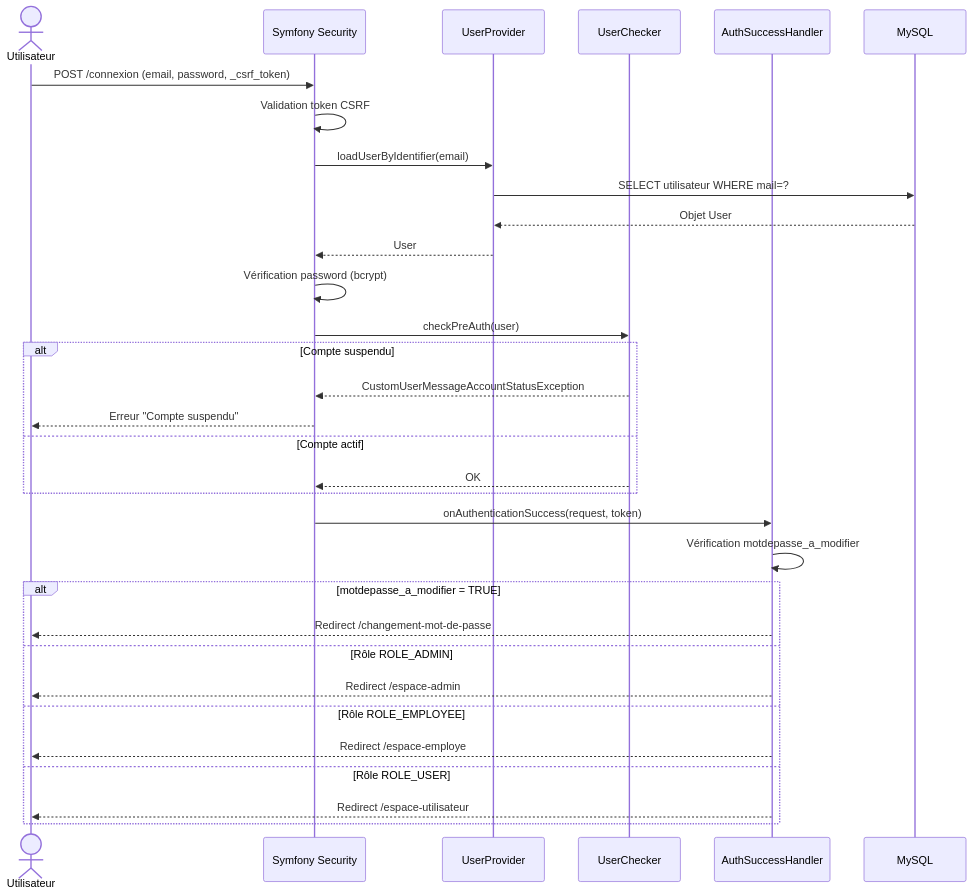
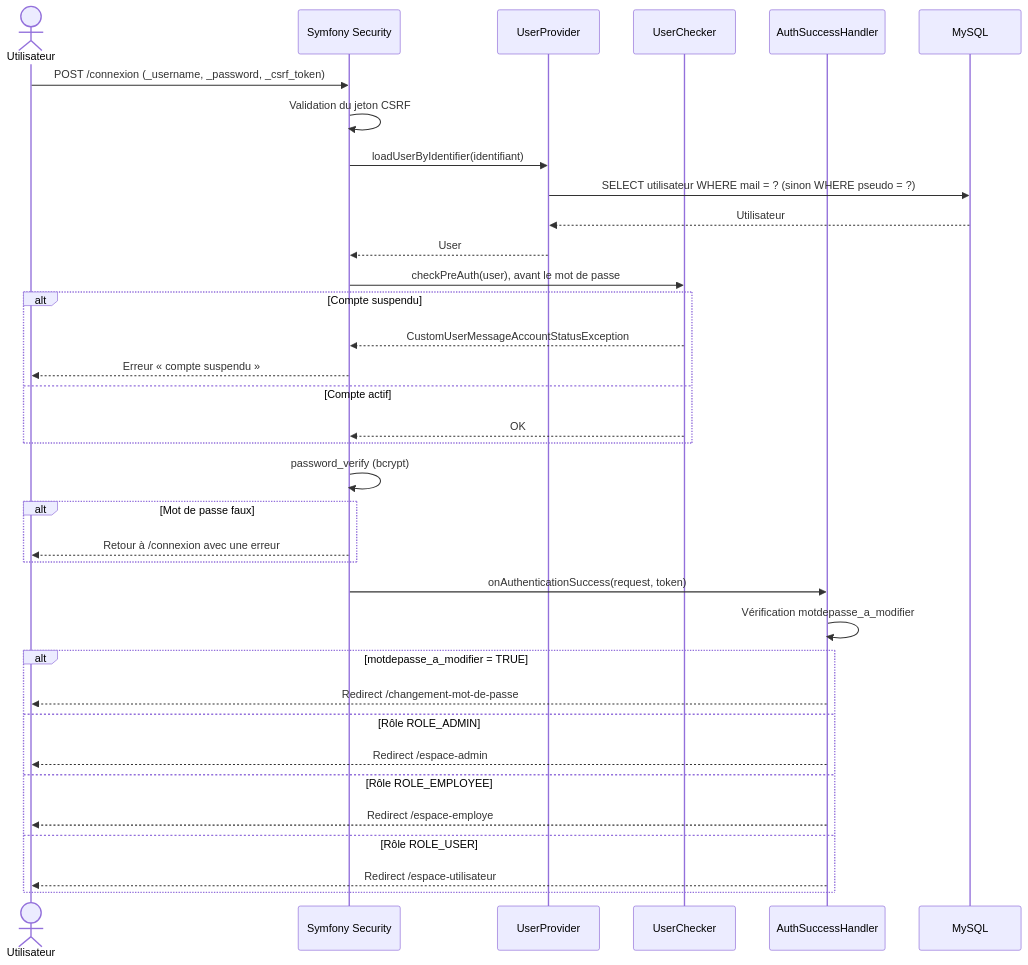
One commit to StG3rm4in/fantasy_realm changed the fourth of 5 diagrams in docs/documentation-technique.md. Above: the diagram before and after it, drawn with Mermaid. The commit also changed other lines of this file, not shown here.

````diff
--- a/docs/documentation-technique.md
+++ b/docs/documentation-technique.md
@@ -250,39 +272,42 @@
 ```mermaid
 sequenceDiagram
     actor Utilisateur
     participant Symfony Security
     participant UserProvider
     participant UserChecker
     participant AuthSuccessHandler
     participant MySQL
 
-    Utilisateur->>Symfony Security: POST /connexion (email, password, _csrf_token)
-    Symfony Security->>Symfony Security: Validation token CSRF
-    Symfony Security->>UserProvider: loadUserByIdentifier(email)
-    UserProvider->>MySQL: SELECT utilisateur WHERE mail=?
-    MySQL-->>UserProvider: Objet User
+    Utilisateur->>Symfony Security: POST /connexion (_username, _password, _csrf_token)
+    Symfony Security->>Symfony Security: Validation du jeton CSRF
+    Symfony Security->>UserProvider: loadUserByIdentifier(identifiant)
+    UserProvider->>MySQL: SELECT utilisateur WHERE mail = ? (sinon WHERE pseudo = ?)
+    MySQL-->>UserProvider: Utilisateur
     UserProvider-->>Symfony Security: User
 
-    Symfony Security->>Symfony Security: Vérification password (bcrypt)
-
-    Symfony Security->>UserChecker: checkPreAuth(user)
+    Symfony Security->>UserChecker: checkPreAuth(user), avant le mot de passe
     alt Compte suspendu
         UserChecker-->>Symfony Security: CustomUserMessageAccountStatusException
-        Symfony Security-->>Utilisateur: Erreur "Compte suspendu"
+        Symfony Security-->>Utilisateur: Erreur « compte suspendu »
     else Compte actif
         UserChecker-->>Symfony Security: OK
+    end
+
+    Symfony Security->>Symfony Security: password_verify (bcrypt)
+    alt Mot de passe faux
+        Symfony Security-->>Utilisateur: Retour à /connexion avec une erreur
     end
 
     Symfony Security->>AuthSuccessHandler: onAuthenticationSuccess(request, token)
     AuthSuccessHandler->>AuthSuccessHandler: Vérification motdepasse_a_modifier
 
     alt motdepasse_a_modifier = TRUE
         AuthSuccessHandler-->>Utilisateur: Redirect /changement-mot-de-passe
     else Rôle ROLE_ADMIN
         AuthSuccessHandler-->>Utilisateur: Redirect /espace-admin
     else Rôle ROLE_EMPLOYEE
         AuthSuccessHandler-->>Utilisateur: Redirect /espace-employe
     else Rôle ROLE_USER
         AuthSuccessHandler-->>Utilisateur: Redirect /espace-utilisateur
     end
 ```
````
